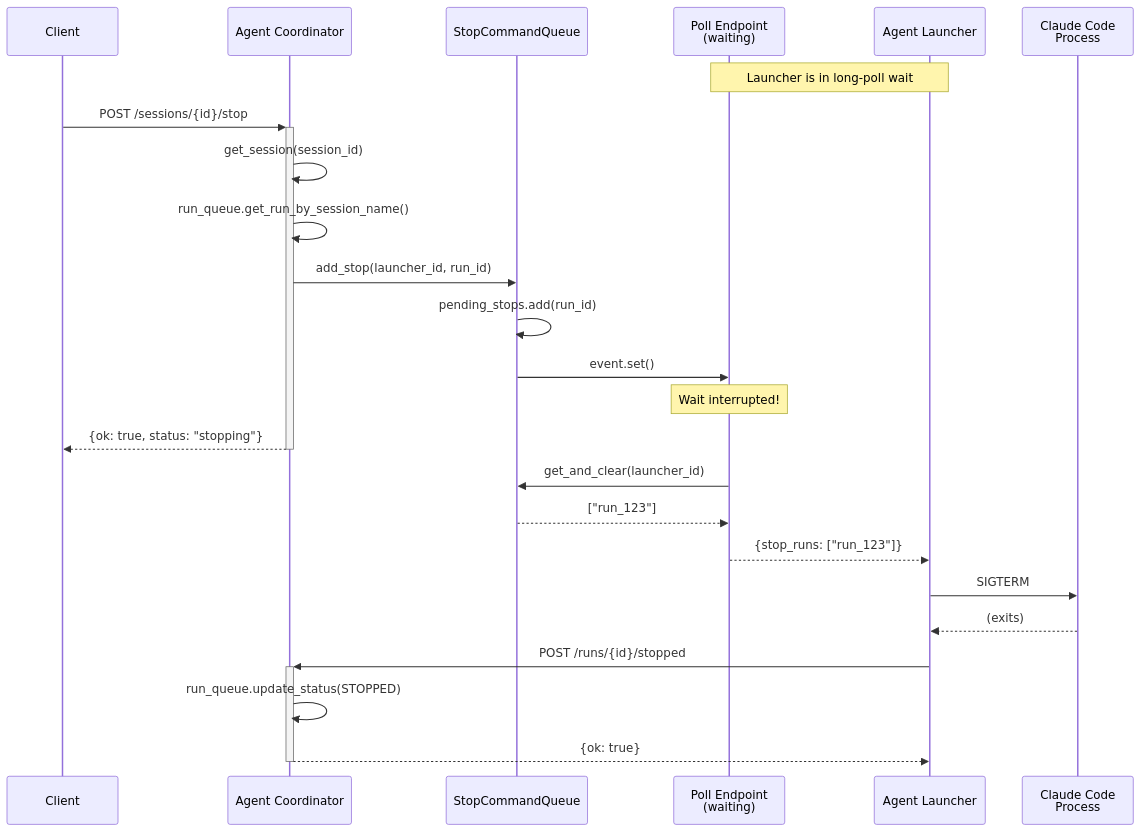
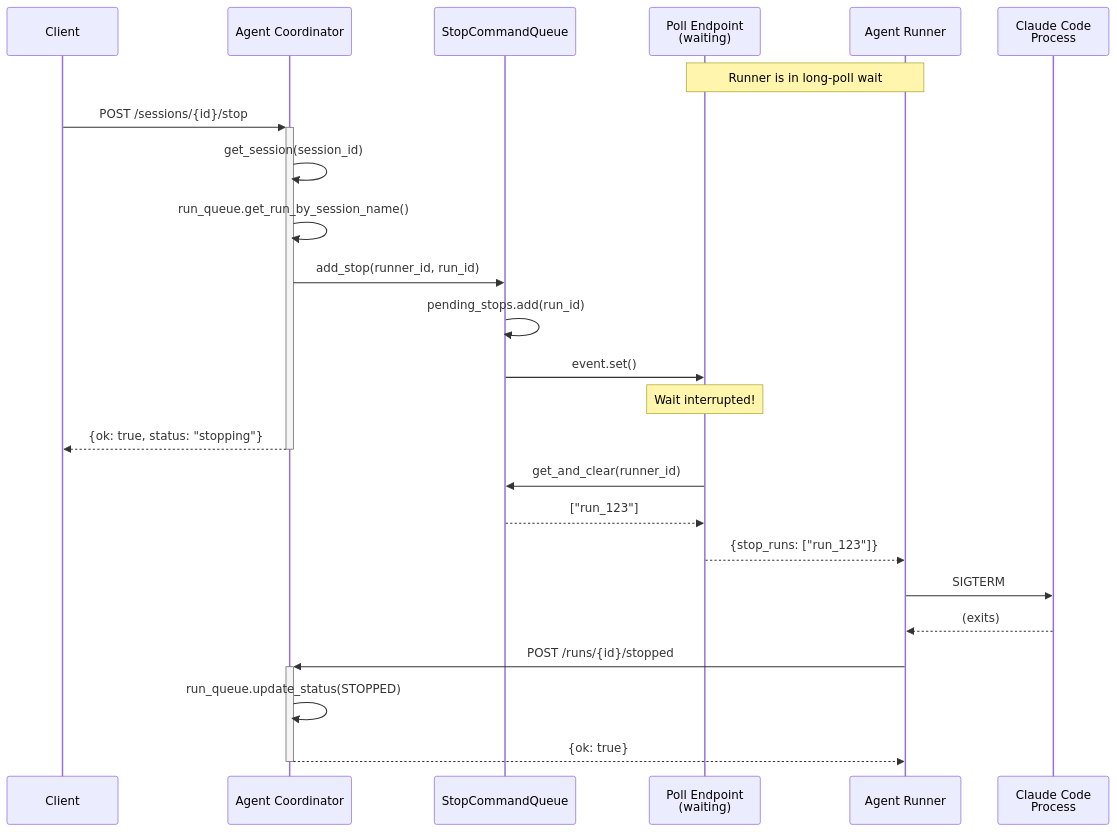
Before and after one commit to rawe/claude-agent-orchestrator: the diagram in docs/features/session-stop-command.md, drawn with Mermaid. The commit also changed other lines of this file and 76 other files, not shown here.

Commit message:
refactor: rename Agent Launcher to Agent Runner across codebase

````diff
--- a/docs/features/session-stop-command.md
+++ b/docs/features/session-stop-command.md
@@ -389,33 +389,33 @@
 ```mermaid
 sequenceDiagram
     participant Client as Client
     participant Coordinator as Agent Coordinator
     participant Queue as StopCommandQueue
     participant Poll as Poll Endpoint<br/>(waiting)
-    participant Launcher as Agent Launcher
+    participant Runner as Agent Runner
     participant Process as Claude Code<br/>Process
 
-    Note over Launcher,Poll: Launcher is in long-poll wait
+    Note over Runner,Poll: Runner is in long-poll wait
 
     Client->>+Coordinator: POST /sessions/{id}/stop
     Coordinator->>Coordinator: get_session(session_id)
     Coordinator->>Coordinator: run_queue.get_run_by_session_name()
-    Coordinator->>Queue: add_stop(launcher_id, run_id)
+    Coordinator->>Queue: add_stop(runner_id, run_id)
     Queue->>Queue: pending_stops.add(run_id)
     Queue->>Poll: event.set()
 
     Note over Poll: Wait interrupted!
 
     Coordinator-->>-Client: {ok: true, status: "stopping"}
 
-    Poll->>Queue: get_and_clear(launcher_id)
+    Poll->>Queue: get_and_clear(runner_id)
     Queue-->>Poll: ["run_123"]
-    Poll-->>Launcher: {stop_runs: ["run_123"]}
+    Poll-->>Runner: {stop_runs: ["run_123"]}
 
-    Launcher->>Process: SIGTERM
-    Process-->>Launcher: (exits)
+    Runner->>Process: SIGTERM
+    Process-->>Runner: (exits)
 
-    Launcher->>+Coordinator: POST /runs/{id}/stopped
+    Runner->>+Coordinator: POST /runs/{id}/stopped
     Coordinator->>Coordinator: run_queue.update_status(STOPPED)
-    Coordinator-->>-Launcher: {ok: true}
+    Coordinator-->>-Runner: {ok: true}
 ```
````
